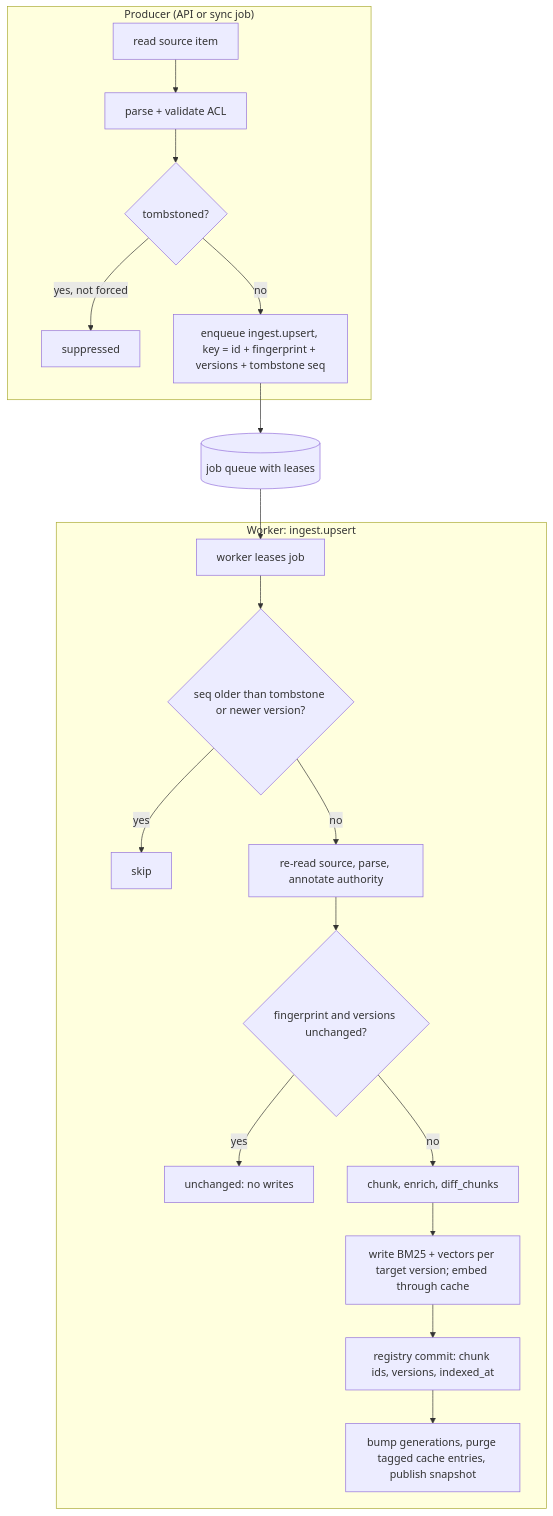
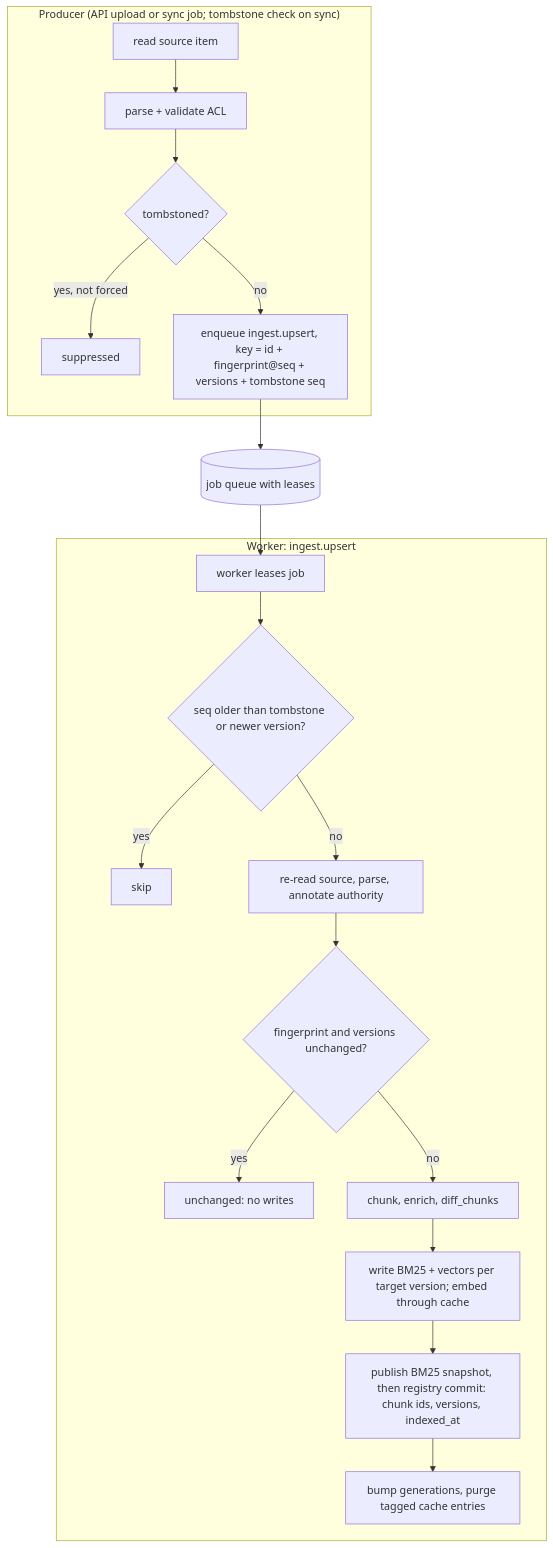
The second of 4 diagrams in book/chapters/15-production-rag.md (XayyamSadigov/ai-engineering-book), drawn with Mermaid before and after one commit. The commit also changed other lines of this file and 11 other files, not shown here.

````diff
--- a/book/chapters/15-production-rag.md
+++ b/book/chapters/15-production-rag.md
@@ -278,22 +286,22 @@
 ```mermaid
 flowchart TD
-    subgraph Producer["Producer (API or sync job)"]
+    subgraph Producer["Producer (API upload or sync job; tombstone check on sync)"]
         S1[read source item] --> S2[parse + validate ACL]
         S2 --> S3{tombstoned?}
         S3 -->|yes, not forced| SX[suppressed]
-        S3 -->|no| S4["enqueue ingest.upsert, key = id + fingerprint + versions + tombstone seq"]
+        S3 -->|no| S4["enqueue ingest.upsert, key = id + fingerprint@seq + versions + tombstone seq"]
     end
     S4 --> Q[(job queue with leases)]
     Q --> W1[worker leases job]
     subgraph Worker["Worker: ingest.upsert"]
         W1 --> W2{seq older than tombstone or newer version?}
         W2 -->|yes| WS[skip]
         W2 -->|no| W3[re-read source, parse, annotate authority]
         W3 --> W4{fingerprint and versions unchanged?}
         W4 -->|yes| WU[unchanged: no writes]
         W4 -->|no| W5[chunk, enrich, diff_chunks]
         W5 --> W6["write BM25 + vectors per target version; embed through cache"]
-        W6 --> W7["registry commit: chunk ids, versions, indexed_at"]
-        W7 --> W8[bump generations, purge tagged cache entries, publish snapshot]
+        W6 --> W7["publish BM25 snapshot, then registry commit: chunk ids, versions, indexed_at"]
+        W7 --> W8[bump generations, purge tagged cache entries]
     end
 ```
````
